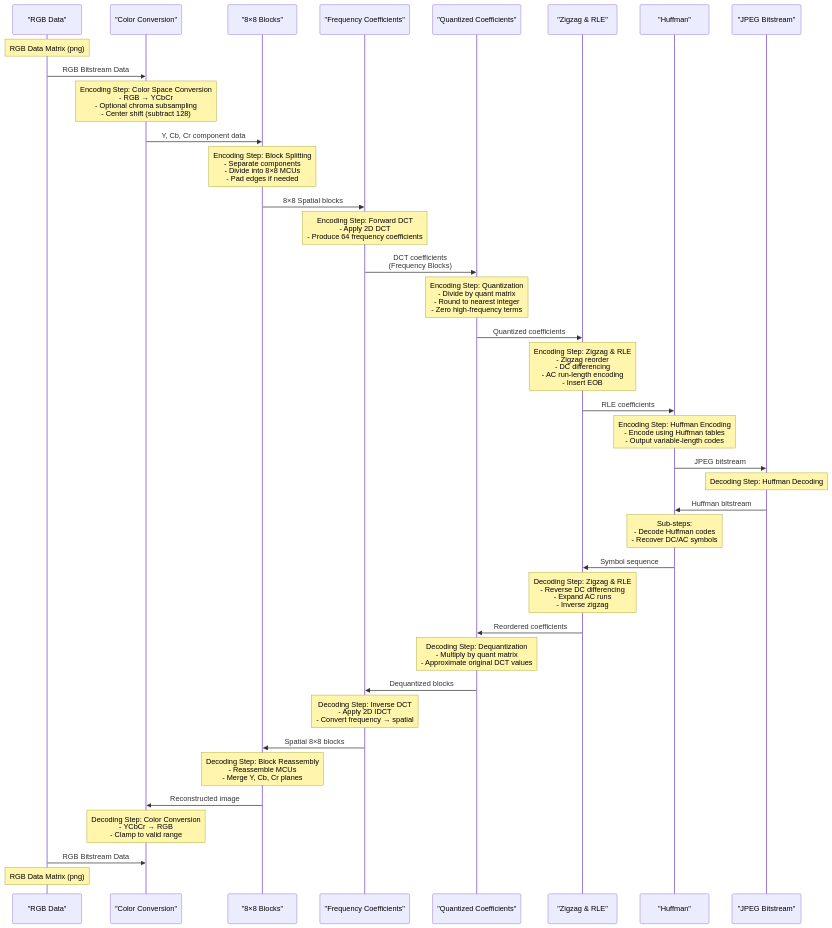
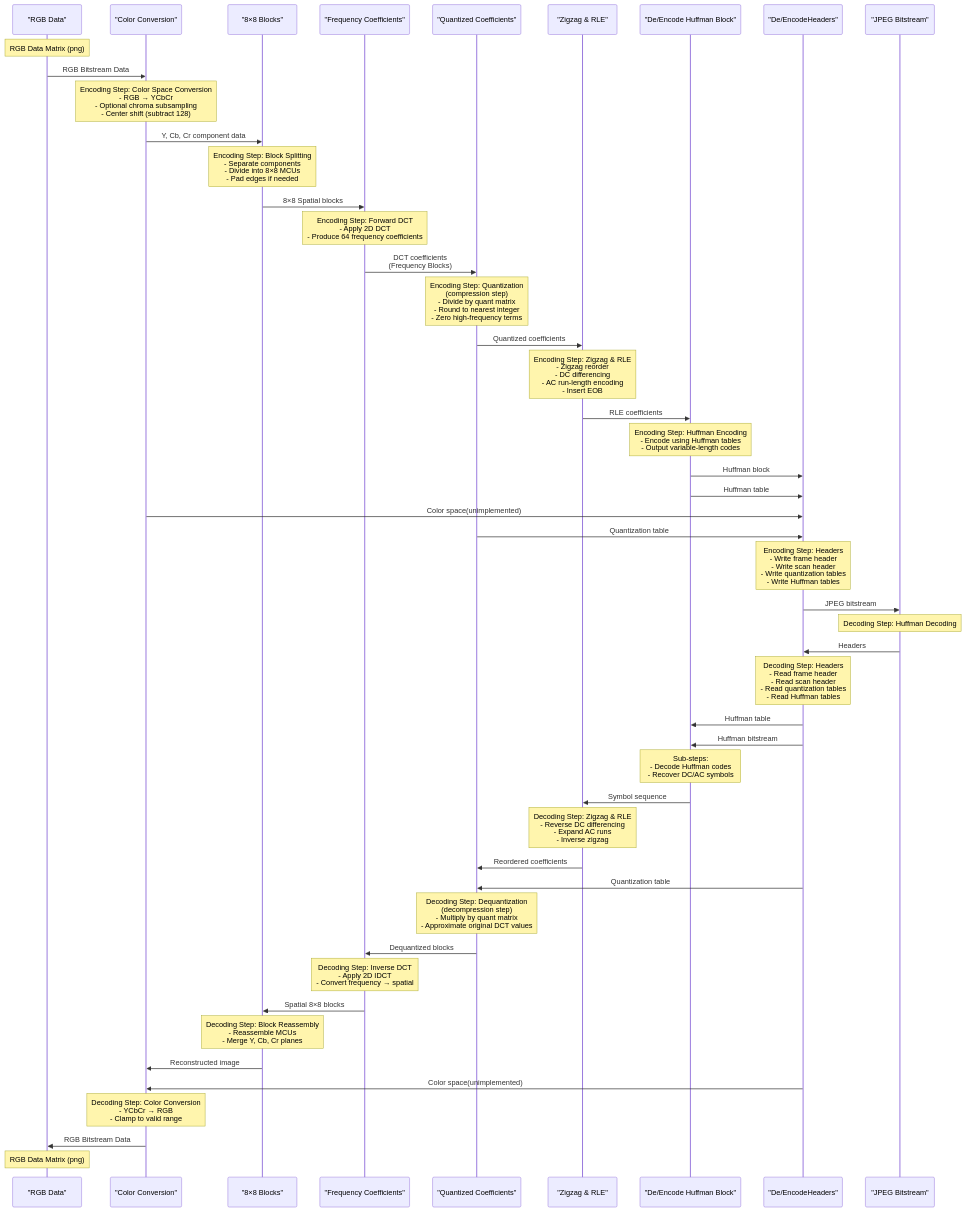
The diagram in README.md (jessebeard/Ollie), drawn with Mermaid before and after one commit.

Commit message:
updated flow chart on readme to be comprehensive

````diff
--- a/README.md
+++ b/README.md
@@ -66,60 +66,74 @@
 ```mermaid
 sequenceDiagram
     participant RGB as "RGB Data"
     participant Color as "Color Conversion"
     participant Blocks as "8×8 Blocks"
     participant Frequency as "Frequency Coefficients"
     participant Quantized as "Quantized Coefficients"
     participant ZigzagRLE as "Zigzag & RLE"
-    participant Huffman as "Huffman"
+    participant Huffman as "De/Encode Huffman Block"
+    participant Headers as "De/EncodeHeaders"
     participant Bitstream as "JPEG Bitstream"
 
     %% ---------------- ENCODING ----------------
 
     Note over RGB: RGB Data Matrix (png)
     RGB->>Color: RGB Bitstream Data
 
     Note over Color: Encoding Step: Color Space Conversion<br>- RGB → YCbCr<br>- Optional chroma subsampling<br>- Center shift (subtract 128)
     Color->>Blocks: Y, Cb, Cr component data
 
     Note over Blocks: Encoding Step: Block Splitting<br>- Separate components<br>- Divide into 8×8 MCUs<br>- Pad edges if needed
     Blocks->>Frequency: 8×8 Spatial blocks
 
     Note over Frequency: Encoding Step: Forward DCT<br>- Apply 2D DCT<br>- Produce 64 frequency coefficients
     Frequency->>Quantized: DCT coefficients<br>(Frequency Blocks)
 
-    Note over Quantized: Encoding Step: Quantization<br>- Divide by quant matrix<br>- Round to nearest integer<br>- Zero high-frequency terms
+    Note over Quantized: Encoding Step: Quantization<br>(compression step)<br>- Divide by quant matrix<br>- Round to nearest integer<br>- Zero high-frequency terms
     Quantized->>ZigzagRLE: Quantized coefficients
 
     Note over ZigzagRLE: Encoding Step: Zigzag & RLE<br>- Zigzag reorder<br>- DC differencing<br>- AC run-length encoding<br>- Insert EOB
     ZigzagRLE->>Huffman: RLE coefficients
 
     Note over Huffman: Encoding Step: Huffman Encoding<br>- Encode using Huffman tables<br>- Output variable-length codes
-    Huffman->>Bitstream: JPEG bitstream
+    Huffman->>Headers: Huffman block
+    Huffman->>Headers: Huffman table
+    Color->>Headers: Color space(unimplemented)
+    Quantized->>Headers: Quantization table
+    Note over Headers: Encoding Step: Headers<br>- Write frame header<br>- Write scan header<br>- Write quantization tables<br>- Write Huffman tables
+   
+    Headers->>Bitstream: JPEG bitstream
 
     %% ---------------- DECODING ----------------
     Note over Bitstream: Decoding Step: Huffman Decoding
-    Bitstream->>Huffman: Huffman bitstream
+    Bitstream->>Headers: Headers
+
+    Note over Headers: Decoding Step: Headers<br>- Read frame header<br>- Read scan header<br>- Read quantization tables<br>- Read Huffman tables
+    Headers->>Huffman: Huffman table
+    Headers->>Huffman: Huffman bitstream
 
     Note over Huffman: Sub-steps:<br>- Decode Huffman codes<br>- Recover DC/AC symbols
     Huffman->>ZigzagRLE: Symbol sequence
 
     Note over ZigzagRLE: Decoding Step: Zigzag & RLE<br>- Reverse DC differencing<br>- Expand AC runs<br>- Inverse zigzag
     ZigzagRLE->>Quantized: Reordered coefficients
+    Headers->>Quantized: Quantization table
 
-    Note over Quantized: Decoding Step: Dequantization<br>- Multiply by quant matrix<br>- Approximate original DCT values
+    Note over Quantized: Decoding Step: Dequantization<br>(decompression step)<br>- Multiply by quant matrix<br>- Approximate original DCT values
     Quantized->>Frequency: Dequantized blocks
+
 
     Note over Frequency: Decoding Step: Inverse DCT<br>- Apply 2D IDCT<br>- Convert frequency → spatial
     Frequency->>Blocks: Spatial 8×8 blocks
 
     Note over Blocks: Decoding Step: Block Reassembly<br>- Reassemble MCUs<br>- Merge Y, Cb, Cr planes
     Blocks->>Color: Reconstructed image
+    Headers->>Color: Color space(unimplemented)
 
     Note over Color: Decoding Step: Color Conversion<br>- YCbCr → RGB<br>- Clamp to valid range
-    RGB->>Color: RGB Bitstream Data
+    Color->>RGB: RGB Bitstream Data
     Note over RGB: RGB Data Matrix (png)
 
 
 
 ```
````
